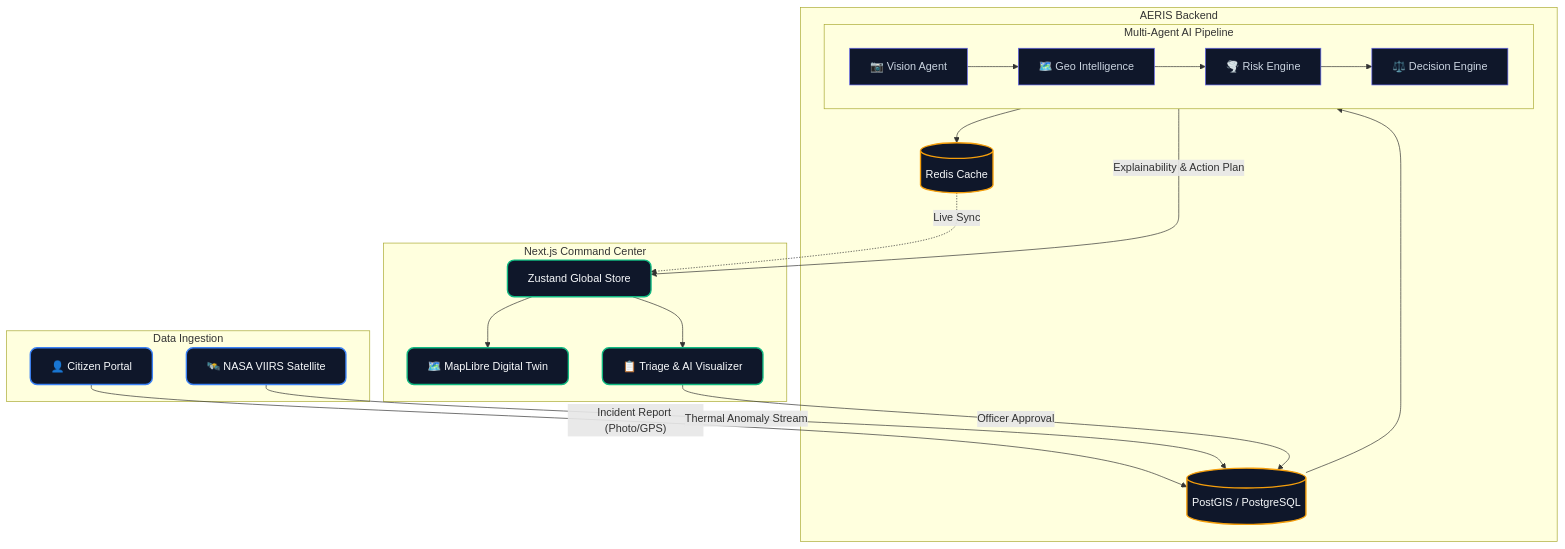
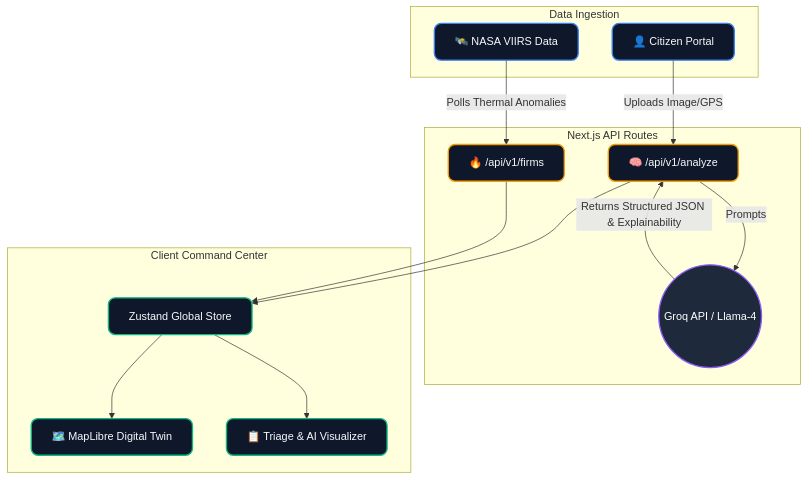
Before and after one commit to Kiruthick7/Project_AERIS: the diagram in README.md, drawn with Mermaid. The commit also changed other lines of this file, not shown here.

Commit message:
Update architecture diagram to truthfully reflect Serverless MVP setup

````diff
--- a/README.md
+++ b/README.md
@@ -67,44 +65,37 @@
 ```mermaid
 flowchart TD
     %% Styling
     classDef source fill:#0f172a,stroke:#3b82f6,stroke-width:2px,color:#f8fafc,rx:10,ry:10;
     classDef engine fill:#1e293b,stroke:#8b5cf6,stroke-width:2px,color:#ffffff,rx:15,ry:15;
-    classDef subengine fill:#0f172a,stroke:#6366f1,stroke-width:1px,color:#cbd5e1;
     classDef frontend fill:#0f172a,stroke:#10b981,stroke-width:2px,color:#f8fafc,rx:10,ry:10;
-    classDef db fill:#0f172a,stroke:#f59e0b,stroke-width:2px,color:#f8fafc,rx:10,ry:10;
+    classDef api fill:#0f172a,stroke:#f59e0b,stroke-width:2px,color:#f8fafc,rx:10,ry:10;
 
     subgraph Inputs [Data Ingestion]
         C[👤 Citizen Portal]:::source
-        S[🛰️ NASA VIIRS Satellite]:::source
+        S[🛰️ NASA VIIRS Data]:::source
     end
 
-    subgraph Backend [AERIS Backend]
-        DB[(PostGIS / PostgreSQL)]:::db
-        R[(Redis Cache)]:::db
-        
-        subgraph Pipeline [Multi-Agent AI Pipeline]
-            direction LR
-            V[📷 Vision Agent]:::subengine --> G[🗺️ Geo Intelligence]:::subengine
-            G --> RE[🌪️ Risk Engine]:::subengine
-            RE --> DE[⚖️ Decision Engine]:::subengine
-        end
+    subgraph Serverless [Next.js API Routes]
+        Analyze[🧠 /api/v1/analyze]:::api
+        Firms[🔥 /api/v1/firms]:::api
+        Groq((Groq API / Llama-4)):::engine
     end
 
-    subgraph CommandCenter [Next.js Command Center]
+    subgraph CommandCenter [Client Command Center]
         Z[Zustand Global Store]:::frontend
         M[🗺️ MapLibre Digital Twin]:::frontend
         T[📋 Triage & AI Visualizer]:::frontend
     end
 
-    C -- "Incident Report (Photo/GPS)" --> DB
-    S -- "Thermal Anomaly Stream" --> DB
-    DB --> Pipeline
-    Pipeline --> R
+    C -- "Uploads Image/GPS" --> Analyze
+    S -- "Polls Thermal Anomalies" --> Firms
     
-    DE -- "Explainability & Action Plan" --> Z
-    R -. "Live Sync" .-> Z
+    Analyze -- "Prompts" --> Groq
+    Groq -- "Returns Structured JSON & Explainability" --> Analyze
+    
+    Analyze --> Z
+    Firms --> Z
+    
     Z --> M
     Z --> T
-    
-    T -- "Officer Approval" --> DB
 ```
````
